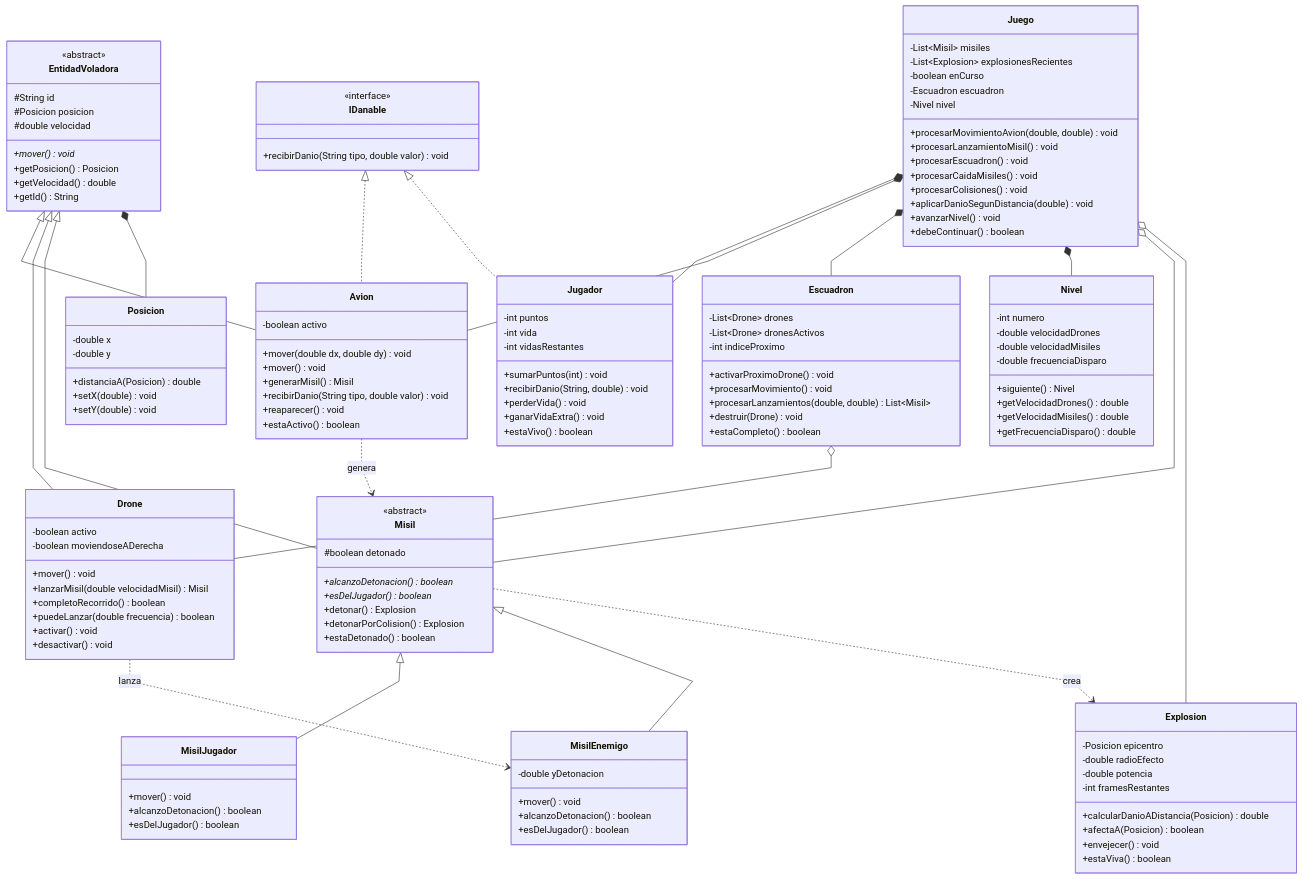
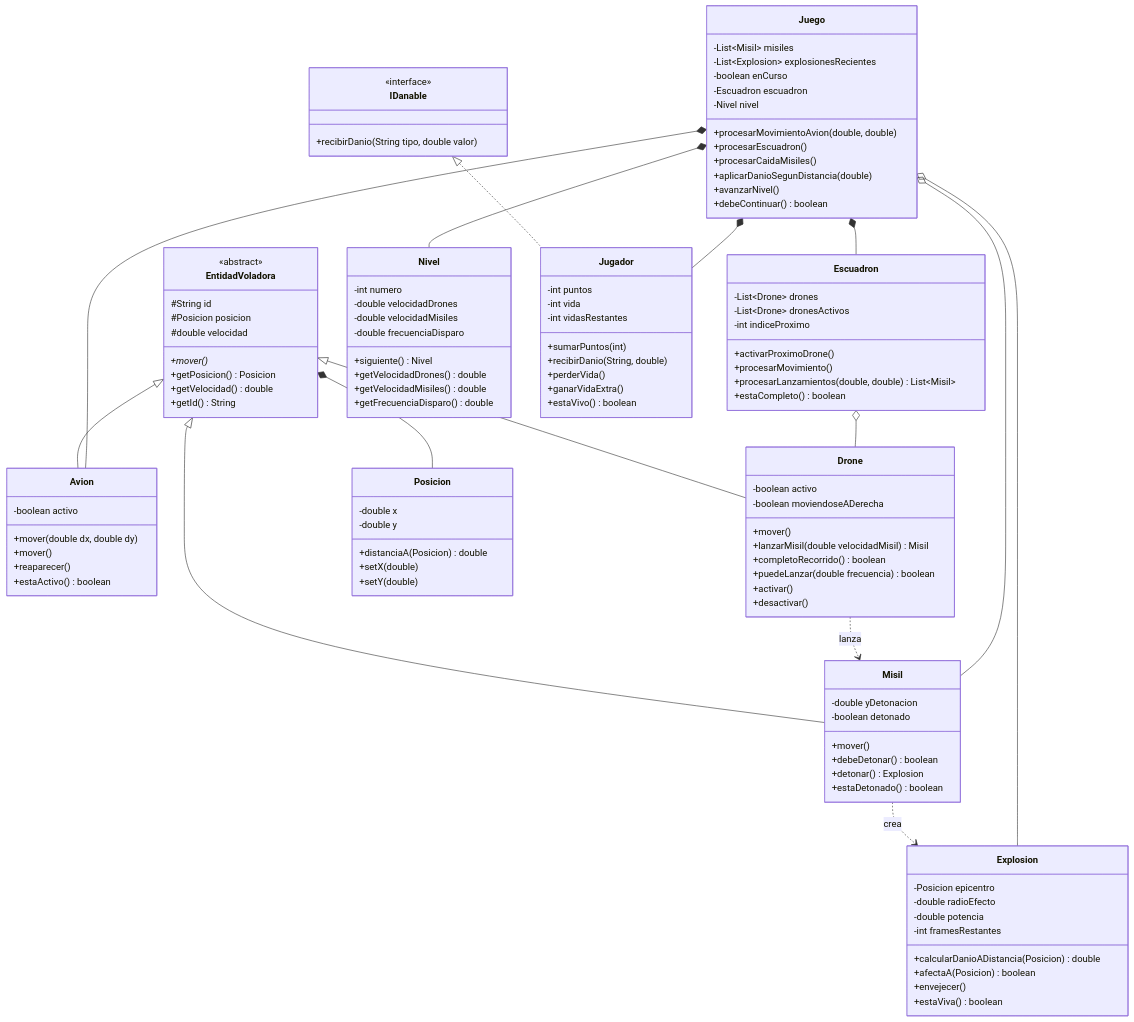
One commit to Ogstra/TP-PO-G5 changed the diagram in diagrama-clases.md. Above: the diagram before and after it, drawn with Mermaid. The commit also changed other lines of this file and 8 other files, not shown here.

Commit message:
refactor: eliminar disparo del jugador (solo esquiva, segun consigna); Misil concreto, sin MisilJugador/colisiones

````diff
--- a/diagrama-clases.md
+++ b/diagrama-clases.md
@@ -3,5 +3,4 @@
 ```mermaid
-%%{init: {'flowchart': {'curve': 'linear'}}}%%
 classDiagram
     direction TB
 
@@ -10,7 +9,7 @@
         #String id
         #Posicion posicion
         #double velocidad
-        +mover()* void
+        +mover()*
         +getPosicion() Posicion
         +getVelocidad() double
         +getId() String
@@ -18,51 +17,35 @@
 
     class IDanable {
         <<interface>>
-        +recibirDanio(String tipo, double valor) void
+        +recibirDanio(String tipo, double valor)
     }
 
     class Avion {
         -boolean activo
-        +mover(double dx, double dy) void
-        +mover() void
-        +generarMisil() Misil
-        +recibirDanio(String tipo, double valor) void
-        +reaparecer() void
+        +mover(double dx, double dy)
+        +mover()
+        +reaparecer()
         +estaActivo() boolean
     }
 
     class Drone {
         -boolean activo
         -boolean moviendoseADerecha
-        +mover() void
+        +mover()
         +lanzarMisil(double velocidadMisil) Misil
         +completoRecorrido() boolean
         +puedeLanzar(double frecuencia) boolean
-        +activar() void
-        +desactivar() void
+        +activar()
+        +desactivar()
     }
 
     class Misil {
-        <<abstract>>
-        #boolean detonado
-        +alcanzoDetonacion()* boolean
-        +esDelJugador()* boolean
+        -double yDetonacion
+        -boolean detonado
+        +mover()
+        +debeDetonar() boolean
         +detonar() Explosion
-        +detonarPorColision() Explosion
         +estaDetonado() boolean
-    }
-
-    class MisilJugador {
-        +mover() void
-        +alcanzoDetonacion() boolean
-        +esDelJugador() boolean
-    }
-
-    class MisilEnemigo {
-        -double yDetonacion
-        +mover() void
-        +alcanzoDetonacion() boolean
-        +esDelJugador() boolean
     }
 
     class Explosion {
@@ -72,7 +55,7 @@
         -int framesRestantes
         +calcularDanioADistancia(Posicion) double
         +afectaA(Posicion) boolean
-        +envejecer() void
+        +envejecer()
         +estaViva() boolean
     }
 
@@ -80,18 +63,17 @@
         -double x
         -double y
         +distanciaA(Posicion) double
-        +setX(double) void
-        +setY(double) void
+        +setX(double)
+        +setY(double)
     }
 
     class Escuadron {
         -List~Drone~ drones
         -List~Drone~ dronesActivos
         -int indiceProximo
-        +activarProximoDrone() void
-        +procesarMovimiento() void
+        +activarProximoDrone()
+        +procesarMovimiento()
         +procesarLanzamientos(double, double) List~Misil~
-        +destruir(Drone) void
         +estaCompleto() boolean
     }
 
@@ -110,10 +92,10 @@
         -int puntos
         -int vida
         -int vidasRestantes
-        +sumarPuntos(int) void
-        +recibirDanio(String, double) void
-        +perderVida() void
-        +ganarVidaExtra() void
+        +sumarPuntos(int)
+        +recibirDanio(String, double)
+        +perderVida()
+        +ganarVidaExtra()
         +estaVivo() boolean
     }
 
@@ -123,26 +105,20 @@
         -boolean enCurso
         -Escuadron escuadron
         -Nivel nivel
-        +procesarMovimientoAvion(double, double) void
-        +procesarLanzamientoMisil() void
-        +procesarEscuadron() void
-        +procesarCaidaMisiles() void
-        +procesarColisiones() void
-        +aplicarDanioSegunDistancia(double) void
-        +avanzarNivel() void
+        +procesarMovimientoAvion(double, double)
+        +procesarEscuadron()
+        +procesarCaidaMisiles()
+        +aplicarDanioSegunDistancia(double)
+        +avanzarNivel()
         +debeContinuar() boolean
     }
 
     EntidadVoladora <|-- Avion
     EntidadVoladora <|-- Drone
     EntidadVoladora <|-- Misil
-    Misil <|-- MisilJugador
-    Misil <|-- MisilEnemigo
-    IDanable <|.. Avion
     IDanable <|.. Jugador
 
-    Avion ..> Misil : genera
-    Drone ..> MisilEnemigo : lanza
+    Drone ..> Misil : lanza
     Misil ..> Explosion : crea
     EntidadVoladora *-- Posicion
     Escuadron o-- Drone
````
